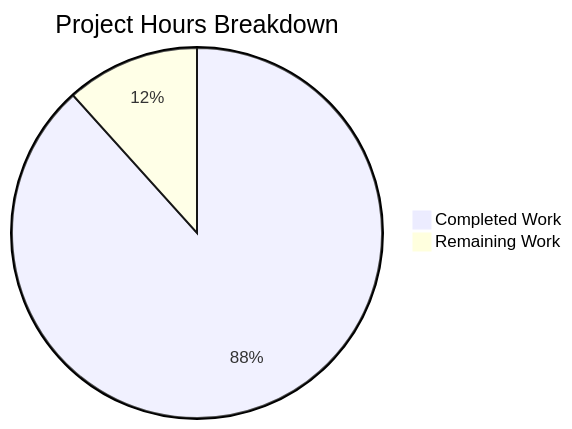
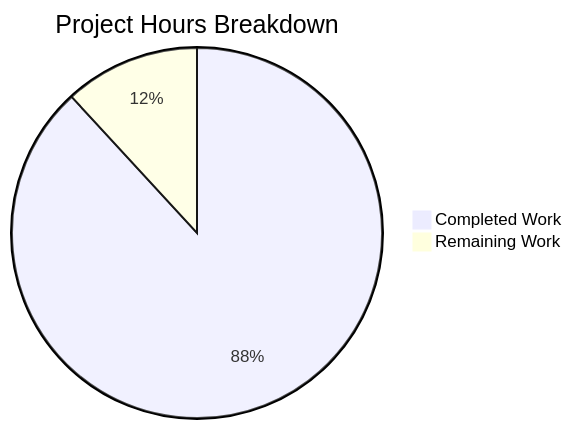
The second of 2 diagrams in blitzy/documentation/Project Guide.md (TestadoBlitzy/Existing-product), drawn with Mermaid before and after one commit. The commit also changed other lines of this file, not shown here.

Commit message:
Adding Blitzy Project Guide: Project Status and Human Tasks Remaining

````diff
--- a/blitzy/documentation/Project Guide.md
+++ b/blitzy/documentation/Project Guide.md
@@ -176,5 +213,5 @@
 ```mermaid
 pie title Project Hours Breakdown
-    "Completed Work" : 26.5
-    "Remaining Work" : 3.5
+    "Completed Work" : 33.5
+    "Remaining Work" : 4.5
 ```
````
